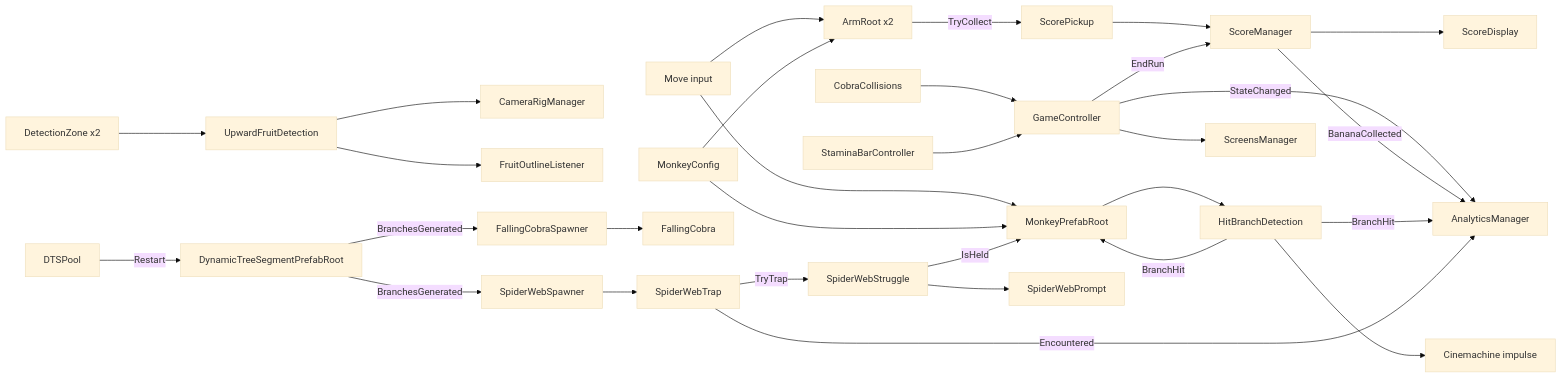
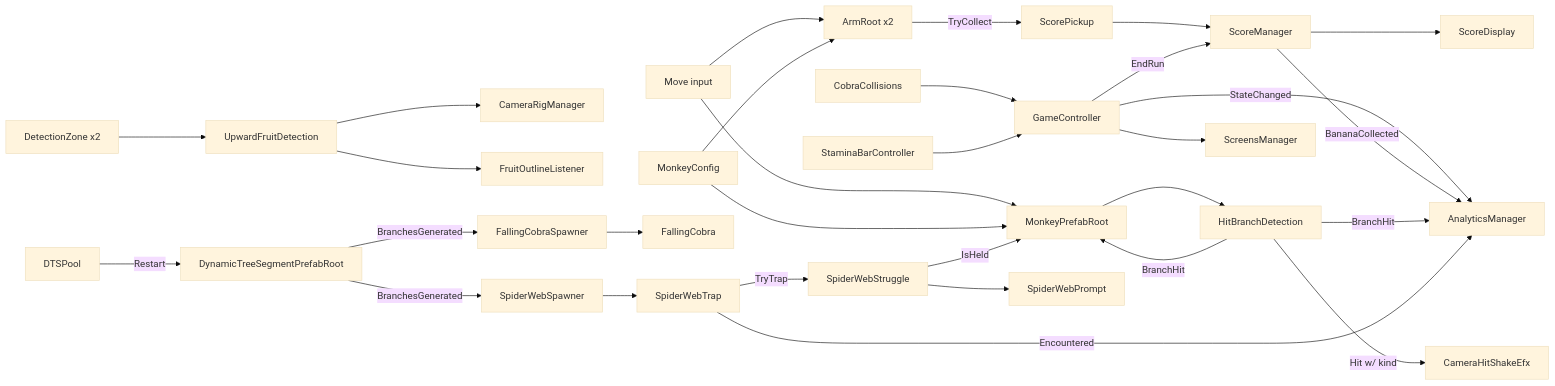
Before and after one commit to CSCI-526/Team4-Lu_Lu: the diagram in CONTEXT.md, drawn with Mermaid (base theme). The commit also changed other lines of this file and 3 other files, not shown here.

First line of the commit message:
document camera hit shake and cool-down efx

````diff
--- a/CONTEXT.md
+++ b/CONTEXT.md
@@ -61,32 +61,32 @@
 ```mermaid
 graph LR
   Input[Move input] --> Root[MonkeyPrefabRoot]
   Input --> Arm[ArmRoot x2]
   Cfg[MonkeyConfig] --> Root
   Cfg --> Arm
   Root --> Hit[HitBranchDetection]
   Hit -->|BranchHit| Root
-  Hit --> Shake[Cinemachine impulse]
+  Hit -->|Hit w/ kind| Shake[CameraHitShakeEfx]
   Zones[DetectionZone x2] --> Fruit[UpwardFruitDetection]
   Fruit --> Cam[CameraRigManager]
   Fruit --> Outline[FruitOutlineListener]
   Arm -->|TryCollect| Pickup[ScorePickup]
   Pickup --> Score[ScoreManager]
   Score --> ScoreUI[ScoreDisplay]
   Cobra[CobraCollisions] --> Game[GameController]
   Stamina[StaminaBarController] --> Game
   Game --> Screens[ScreensManager]
   Game -->|EndRun| Score
   Pool[DTSPool] -->|Restart| Segment[DynamicTreeSegmentPrefabRoot]
   Segment -->|BranchesGenerated| Spawner[SpiderWebSpawner]
   Segment -->|BranchesGenerated| CobraSpawner[FallingCobraSpawner]
   CobraSpawner --> FallCobra[FallingCobra]
   Spawner --> Web[SpiderWebTrap]
   Web -->|TryTrap| Struggle[SpiderWebStruggle]
   Struggle -->|IsHeld| Root
   Struggle --> Prompt[SpiderWebPrompt]
   Game -->|StateChanged| Analytics[AnalyticsManager]
   Score -->|BananaCollected| Analytics
   Hit -->|BranchHit| Analytics
   Web -->|Encountered| Analytics
 ```
````
